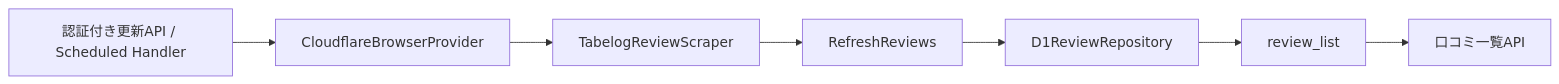
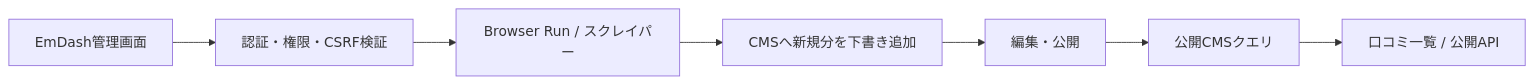
The diagram in README.md (kakami21/review-journal), drawn with Mermaid before and after one commit. The commit also changed other lines of this file and 22 other files, not shown here.

````diff
--- a/README.md
+++ b/README.md
@@ -58,9 +64,9 @@
 ```mermaid
 flowchart LR
-    C["認証付き更新API / Scheduled Handler"] --> B["CloudflareBrowserProvider"]
-    B --> S["TabelogReviewScraper"]
-    S --> R["RefreshReviews"]
-    R --> D["D1ReviewRepository"]
-    D --> V["review_list"]
-    V --> A["口コミ一覧API"]
+    A["EmDash管理画面"] --> B["認証・権限・CSRF検証"]
+    B --> C["Browser Run / スクレイパー"]
+    C --> D["CMSへ新規分を下書き追加"]
+    D --> E["編集・公開"]
+    E --> F["公開CMSクエリ"]
+    F --> G["口コミ一覧 / 公開API"]
 ```
````
